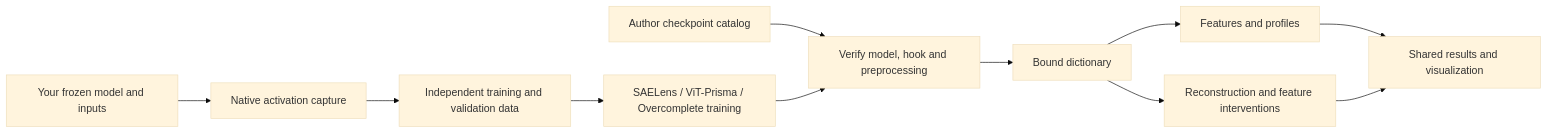
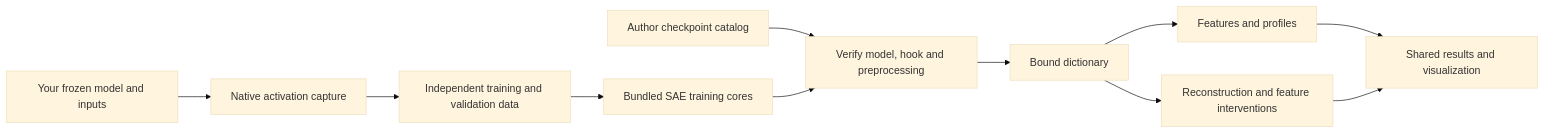
One commit to gexinh/vlm-prob changed the diagram in docs/sae/README.md. Above: the diagram before and after it, drawn with Mermaid (base theme). The commit also changed other lines of this file and 85 other files, not shown here.

Commit message:
Vendor pinned SAE cores behind stable VLMProbe interfaces

````diff
--- a/docs/sae/README.md
+++ b/docs/sae/README.md
@@ -10,13 +12,13 @@
 ```mermaid
 flowchart LR
     A[Your frozen model and inputs] --> B[Native activation capture]
     B --> C[Independent training and validation data]
-    C --> D[SAELens / ViT-Prisma / Overcomplete training]
+    C --> D[Bundled SAE training cores]
     E[Author checkpoint catalog] --> F[Verify model, hook and preprocessing]
     D --> F
     F --> G[Bound dictionary]
     G --> H[Features and profiles]
     G --> I[Reconstruction and feature interventions]
     H --> J[Shared results and visualization]
     I --> J
 ```
````
